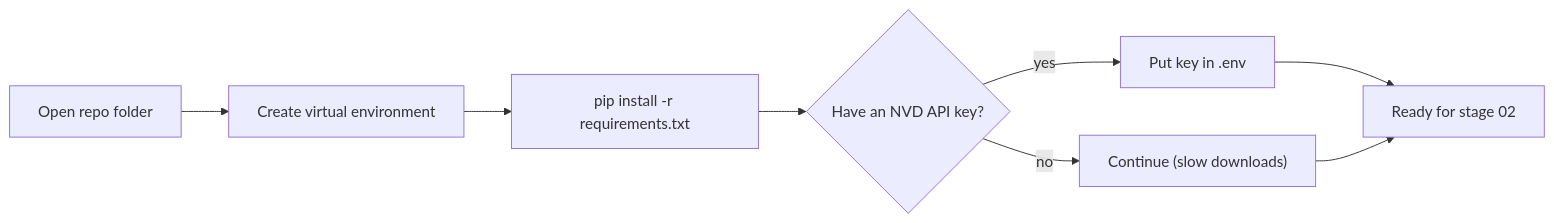
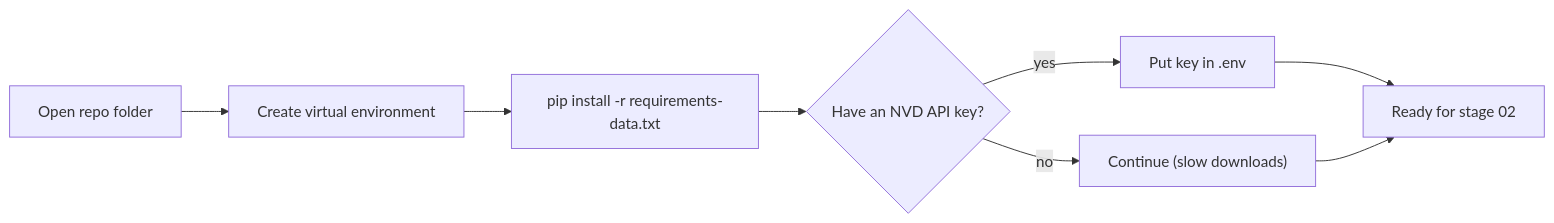
One commit to preetik92002-tech/llm-finetune-cyber changed the diagram in docs/stage-01-setup/README.md. Above: the diagram before and after it, drawn with Mermaid. The commit also changed other lines of this file and 7 other files, not shown here.

Commit message:
chore: split requirements into data and training sets

````diff
--- a/docs/stage-01-setup/README.md
+++ b/docs/stage-01-setup/README.md
@@ -21,10 +21,10 @@
 ```mermaid
 flowchart LR
     A["Open repo folder"] --> B["Create virtual environment"]
-    B --> C["pip install -r requirements.txt"]
+    B --> C["pip install -r requirements-data.txt"]
     C --> D{"Have an NVD API key?"}
     D -- yes --> E["Put key in .env"]
     D -- no --> F["Continue (slow downloads)"]
     E --> G["Ready for stage 02"]
     F --> G
 ```
````
